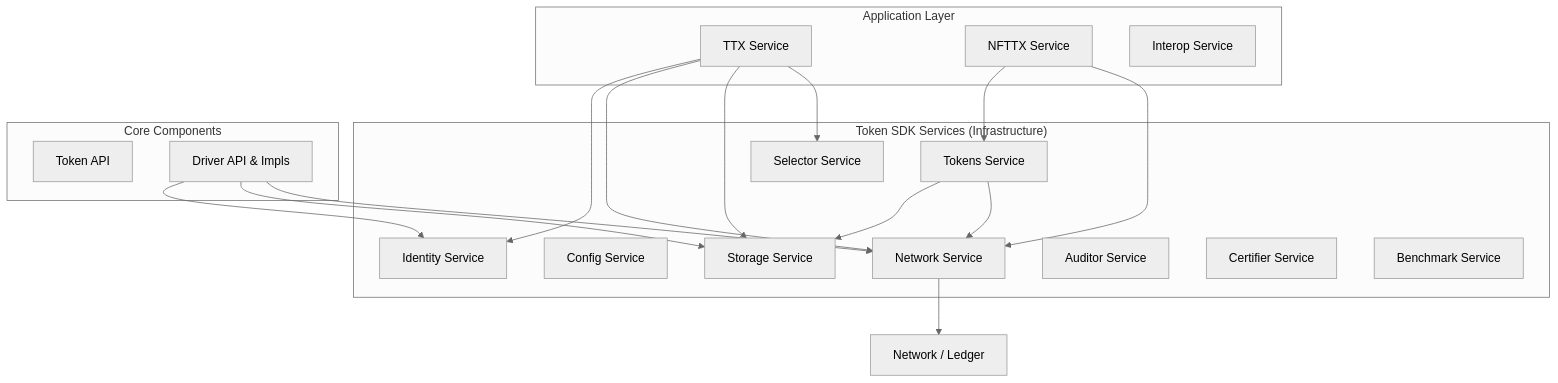
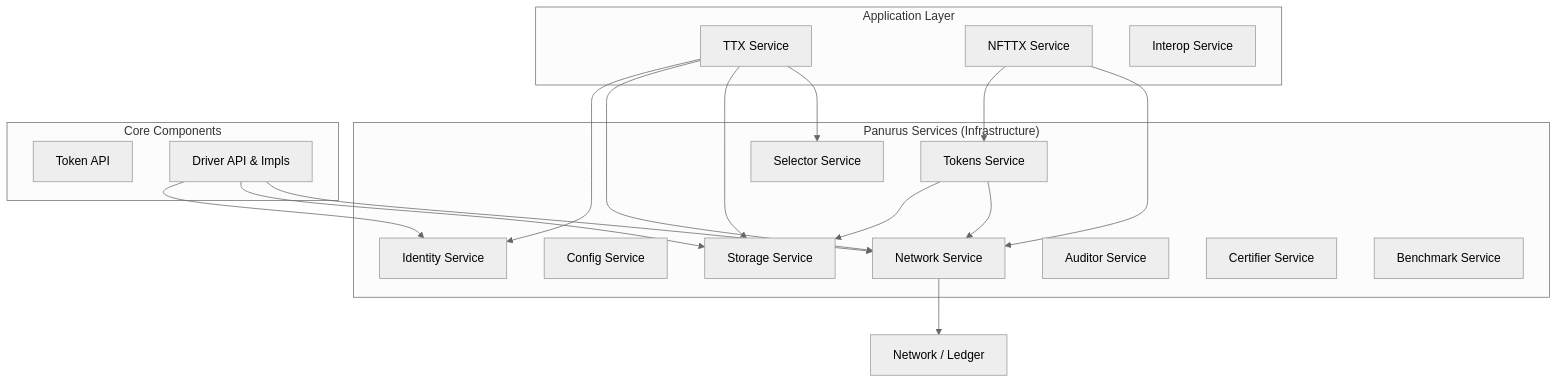
Before and after one commit to hyperledger-labs/fabric-token-sdk: the diagram in docs/services.md, drawn with Mermaid (neutral theme). The commit also changed other lines of this file and 1264 other files, not shown here.

Commit message:
rename fabric token sdk to panurus

````diff
--- a/docs/services.md
+++ b/docs/services.md
@@ -11,42 +11,42 @@
 ```mermaid
 graph TD
     subgraph "Application Layer"
         TTX[TTX Service]
         NFTTX[NFTTX Service]
         Interop[Interop Service]
     end
 
-    subgraph "Token SDK Services (Infrastructure)"
+    subgraph "Panurus Services (Infrastructure)"
         Identity[Identity Service]
         Config[Config Service]
         Network[Network Service]
         Storage[Storage Service]
         Tokens[Tokens Service]
         Selector[Selector Service]
         Auditor[Auditor Service]
         Certifier[Certifier Service]
         Benchmark[Benchmark Service]
     end
 
     subgraph "Core Components"
         TokenAPI[Token API]
         Driver[Driver API & Impls]
     end
 
     TTX --> Identity
     TTX --> Network
     TTX --> Storage
     TTX --> Selector
     
     NFTTX --> Tokens
     NFTTX --> Network
 
     Tokens --> Storage
     Tokens --> Network
     
     Driver --> Identity
     Driver --> Storage
     Driver --> Network
     
     Network --> DLT[Network / Ledger]
 ```
````
